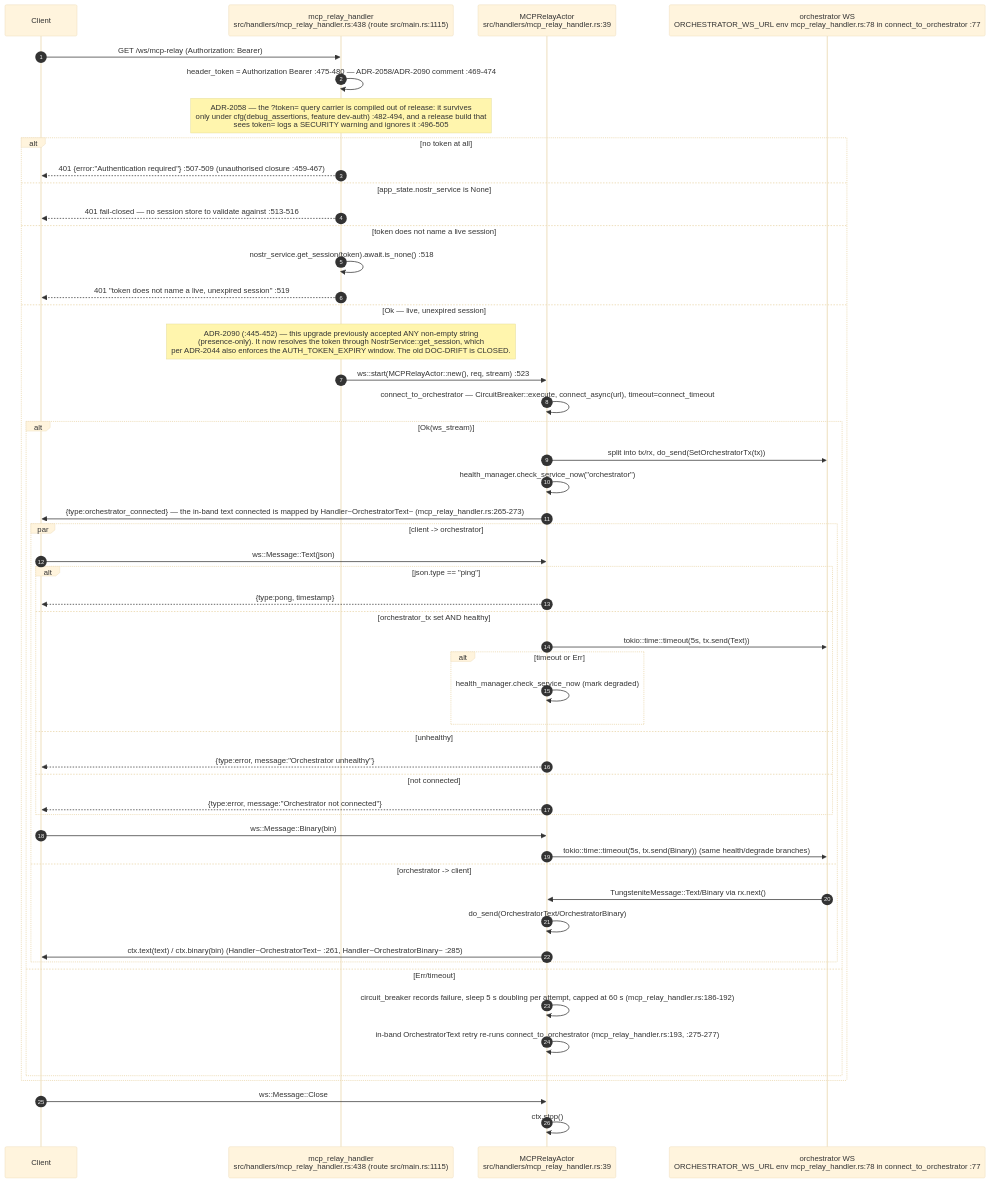
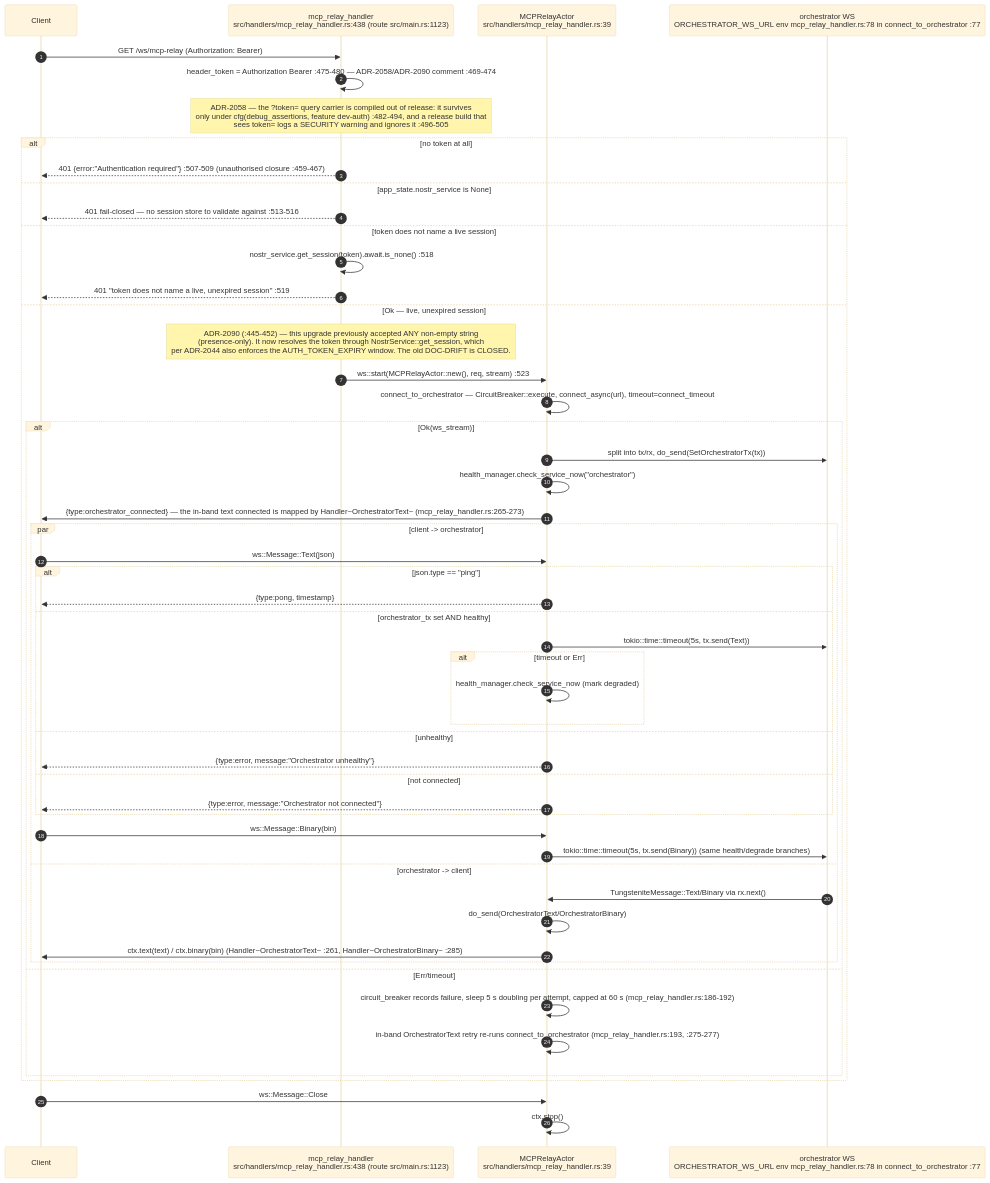
One commit to DreamLab-AI/VisionFlow changed the tenth of 15 diagrams in docs/diagrams/visionclaw/05-handlers-governance-and-identity.md. Above: the diagram before and after it, drawn with Mermaid (base theme). The commit also changed other lines of this file and 56 other files, not shown here.

First line of the commit message:
docs(diagrams): re-verify VisionClaw topics at ec785afa9, add VC-19/56/57 and the VisionClaw register

````diff
--- a/docs/diagrams/visionclaw/05-handlers-governance-and-identity.md
+++ b/docs/diagrams/visionclaw/05-handlers-governance-and-identity.md
@@ -561,55 +575,55 @@
 ```mermaid
 sequenceDiagram
     autonumber
     participant C as Client
-    participant H as mcp_relay_handler<br/>src/handlers/mcp_relay_handler.rs:438 (route src/main.rs:1115)
+    participant H as mcp_relay_handler<br/>src/handlers/mcp_relay_handler.rs:438 (route src/main.rs:1123)
     participant A as MCPRelayActor<br/>src/handlers/mcp_relay_handler.rs:39
     participant O as orchestrator WS<br/>ORCHESTRATOR_WS_URL env mcp_relay_handler.rs:78 in connect_to_orchestrator :77
 
     C->>H: GET /ws/mcp-relay (Authorization: Bearer)
     H->>H: header_token = Authorization Bearer :475-480 — ADR-2058/ADR-2090 comment :469-474
     Note over H: ADR-2058 — the ?token= query carrier is compiled out of release: it survives<br/>only under cfg(debug_assertions, feature dev-auth) :482-494, and a release build that<br/>sees token= logs a SECURITY warning and ignores it :496-505
     alt no token at all
         H-->>C: 401 {error:"Authentication required"} :507-509 (unauthorised closure :459-467)
     else app_state.nostr_service is None
         H-->>C: 401 fail-closed — no session store to validate against :513-516
     else token does not name a live session
         H->>H: nostr_service.get_session(token).await.is_none() :518
         H-->>C: 401 "token does not name a live, unexpired session" :519
     else Ok — live, unexpired session
         Note over H: ADR-2090 (:445-452) — this upgrade previously accepted ANY non-empty string<br/>(presence-only). It now resolves the token through NostrService::get_session, which<br/>per ADR-2044 also enforces the AUTH_TOKEN_EXPIRY window. The old DOC-DRIFT is CLOSED.
         H->>A: ws::start(MCPRelayActor::new(), req, stream) :523
         A->>A: connect_to_orchestrator — CircuitBreaker::execute, connect_async(url), timeout=connect_timeout
         alt Ok(ws_stream)
             A->>O: split into tx/rx, do_send(SetOrchestratorTx(tx))
             A->>A: health_manager.check_service_now("orchestrator")
             A->>C: {type:orchestrator_connected} — the in-band text connected is mapped by Handler~OrchestratorText~ (mcp_relay_handler.rs:265-273)
             par client -> orchestrator
                 C->>A: ws::Message::Text(json)
                 alt json.type == "ping"
                     A-->>C: {type:pong, timestamp}
                 else orchestrator_tx set AND healthy
                     A->>O: tokio::time::timeout(5s, tx.send(Text))
                     alt timeout or Err
                         A->>A: health_manager.check_service_now (mark degraded)
                     end
                 else unhealthy
                     A-->>C: {type:error, message:"Orchestrator unhealthy"}
                 else not connected
                     A-->>C: {type:error, message:"Orchestrator not connected"}
                 end
                 C->>A: ws::Message::Binary(bin)
                 A->>O: tokio::time::timeout(5s, tx.send(Binary)) (same health/degrade branches)
             and orchestrator -> client
                 O->>A: TungsteniteMessage::Text/Binary via rx.next()
                 A->>A: do_send(OrchestratorText/OrchestratorBinary)
                 A->>C: ctx.text(text) / ctx.binary(bin) (Handler~OrchestratorText~ :261, Handler~OrchestratorBinary~ :285)
             end
         else Err/timeout
             A->>A: circuit_breaker records failure, sleep 5 s doubling per attempt, capped at 60 s (mcp_relay_handler.rs:186-192)
             A->>A: in-band OrchestratorText retry re-runs connect_to_orchestrator (mcp_relay_handler.rs:193, :275-277)
         end
     end
     C->>A: ws::Message::Close
     A->>A: ctx.stop()
 ```
````
